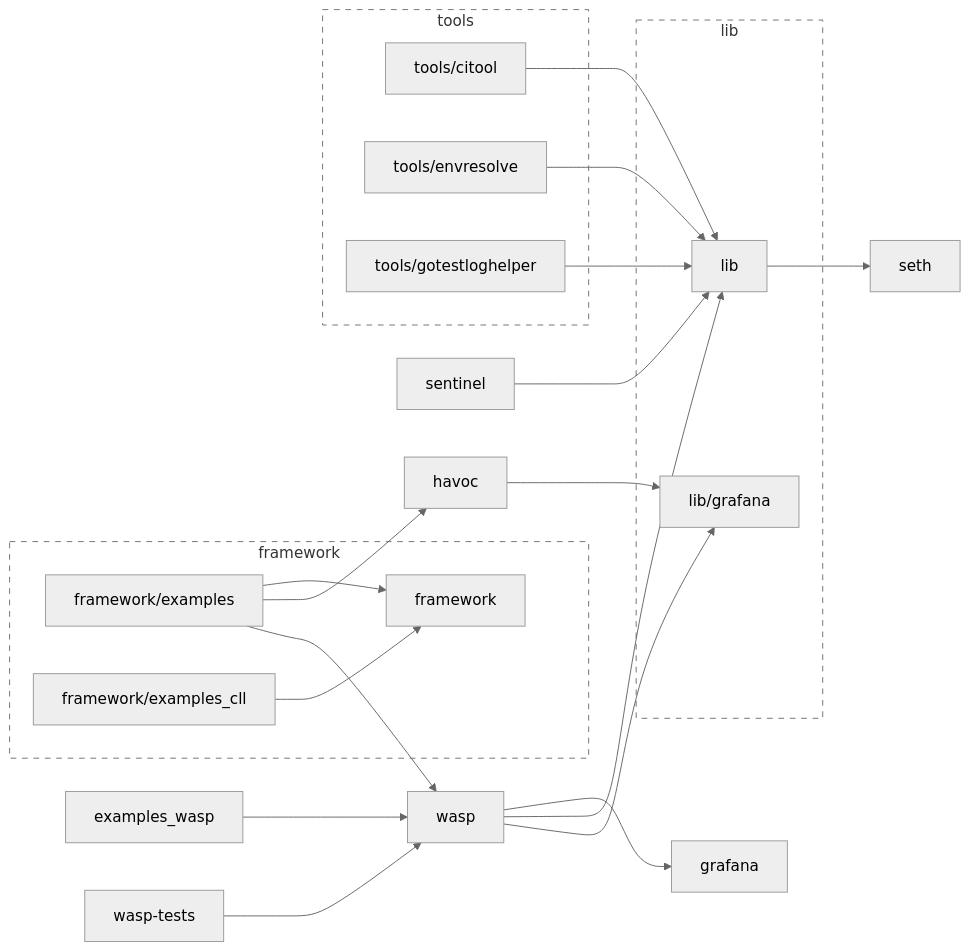
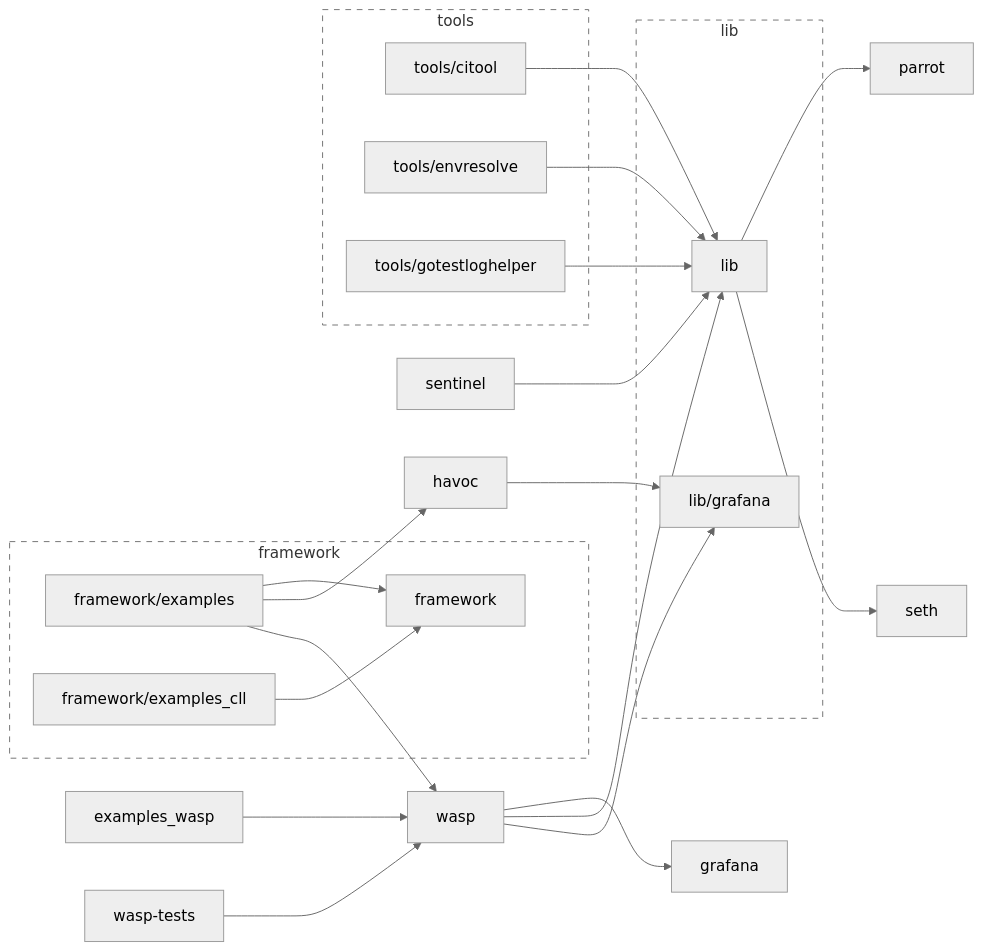
One commit to smartcontractkit/chainlink-testing-framework changed the diagram in go.md. Above: the diagram before and after it, drawn with Mermaid (neutral theme). The commit also changed 1 other file, not shown here.

Commit message:
Update mod graph and adds lib changeset

````diff
--- a/go.md
+++ b/go.md
@@ -2,61 +2,64 @@
 ```mermaid
 flowchart LR
 
 	examples_wasp --> wasp
 	click examples_wasp href "https://github.com/smartcontractkit/chainlink-testing-framework/examples_wasp"
 	framework
 	click framework href "https://github.com/smartcontractkit/chainlink-testing-framework/framework"
 	framework/examples --> framework
 	framework/examples --> havoc
 	framework/examples --> wasp
 	click framework/examples href "https://github.com/smartcontractkit/chainlink-testing-framework/framework"
 	framework/examples_cll --> framework
 	click framework/examples_cll href "https://github.com/smartcontractkit/chainlink-testing-framework/framework"
 	grafana
 	click grafana href "https://github.com/smartcontractkit/chainlink-testing-framework/grafana"
 	havoc --> lib/grafana
 	click havoc href "https://github.com/smartcontractkit/chainlink-testing-framework/havoc"
+	lib --> parrot
 	lib --> seth
 	click lib href "https://github.com/smartcontractkit/chainlink-testing-framework/lib"
 	lib/grafana
 	click lib/grafana href "https://github.com/smartcontractkit/chainlink-testing-framework/lib"
+	parrot
+	click parrot href "https://github.com/smartcontractkit/chainlink-testing-framework/parrot"
 	sentinel --> lib
 	click sentinel href "https://github.com/smartcontractkit/chainlink-testing-framework/sentinel"
 	seth
 	click seth href "https://github.com/smartcontractkit/chainlink-testing-framework/seth"
 	tools/citool --> lib
 	click tools/citool href "https://github.com/smartcontractkit/chainlink-testing-framework/tools"
 	tools/envresolve --> lib
 	click tools/envresolve href "https://github.com/smartcontractkit/chainlink-testing-framework/tools"
 	tools/gotestloghelper --> lib
 	click tools/gotestloghelper href "https://github.com/smartcontractkit/chainlink-testing-framework/tools"
 	wasp --> grafana
 	wasp --> lib
 	wasp --> lib/grafana
 	click wasp href "https://github.com/smartcontractkit/chainlink-testing-framework/wasp"
 	wasp-tests --> wasp
 	click wasp-tests href "https://github.com/smartcontractkit/chainlink-testing-framework/wasp-tests"
 
 	subgraph framework-repo[framework]
 		 framework
 		 framework/examples
 		 framework/examples_cll
 	end
 	click framework-repo href "https://github.com/smartcontractkit/chainlink-testing-framework/framework"
 
 	subgraph lib-repo[lib]
 		 lib
 		 lib/grafana
 	end
 	click lib-repo href "https://github.com/smartcontractkit/chainlink-testing-framework/lib"
 
 	subgraph tools-repo[tools]
 		 tools/citool
 		 tools/envresolve
 		 tools/gotestloghelper
 	end
 	click tools-repo href "https://github.com/smartcontractkit/chainlink-testing-framework/tools"
 
 	classDef outline stroke-dasharray:6,fill:none;
 	class framework-repo,lib-repo,tools-repo outline
 ```
````
